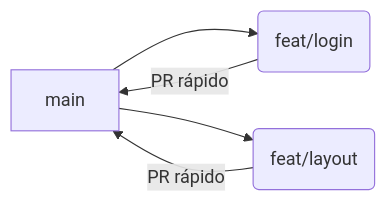
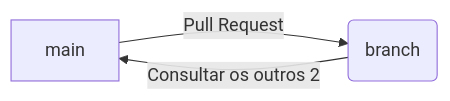
The diagram in README.md (Caualemoscamara/BCC327-TP1), drawn with Mermaid before and after one commit.

Commit message:
Alteração do Gráfico Mermaid

````diff
--- a/README.md
+++ b/README.md
@@ -7,7 +7,6 @@
 ```mermaid
 graph LR
-    main[main] --> feat/login(feat/login)
-    feat/login -->|PR rápido| main
-    main --> feat/layout(feat/layout)
-    feat/layout -->|PR rápido| main
+    main[main] -->|Pull Request| branch(branch)
+    branch -->|Consultar os outros 2| main
+
 ```
````
